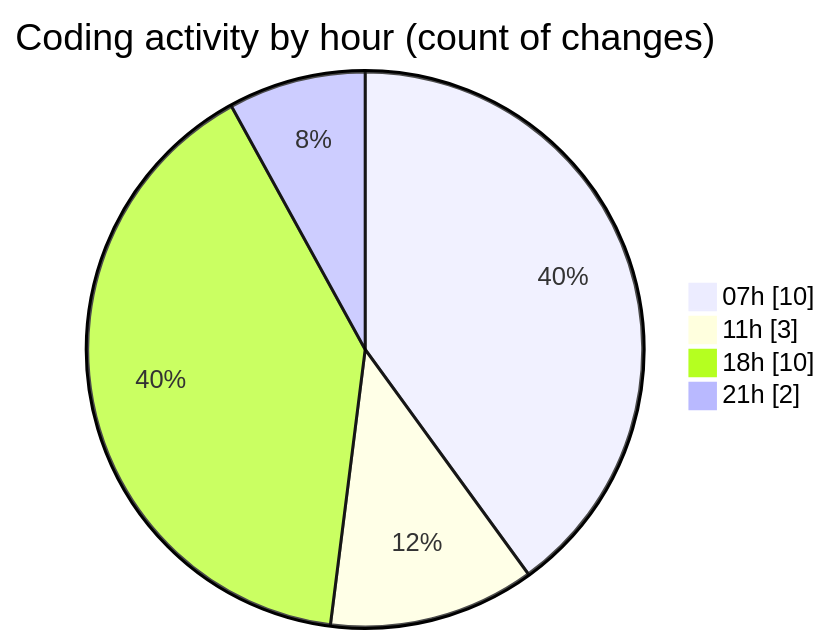
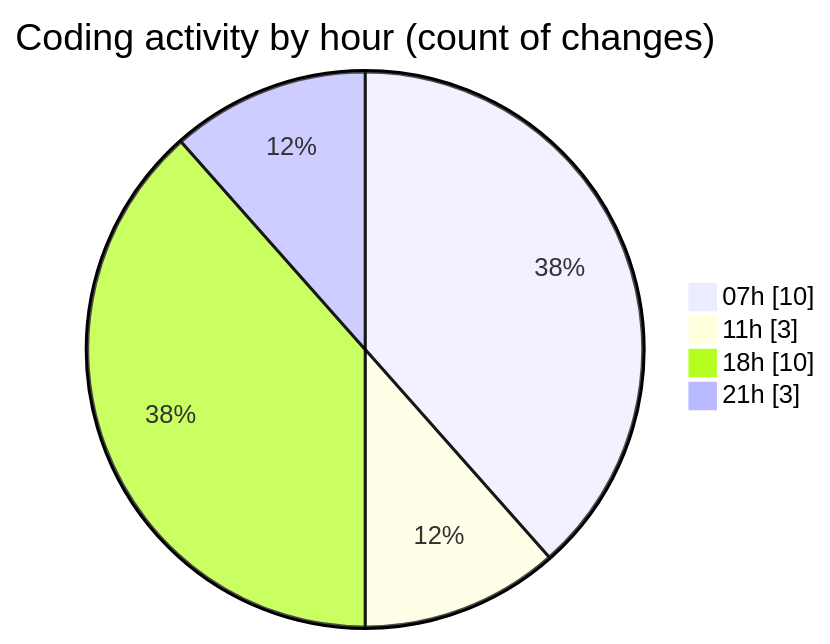
Before and after one commit to FelipKnott/code-tracking: the second of 2 diagrams in 2025-07-12/cursor/README.md, drawn with Mermaid. The commit also changed other lines of this file and 1 other file, not shown here.

````diff
--- a/2025-07-12/cursor/README.md
+++ b/2025-07-12/cursor/README.md
@@ -37,8 +37,8 @@
 ```mermaid
 pie showData
 title Coding activity by hour (count of changes)
 "07h" : 10
 "11h" : 3
 "18h" : 10
-"21h" : 2
+"21h" : 3
 ```
````
